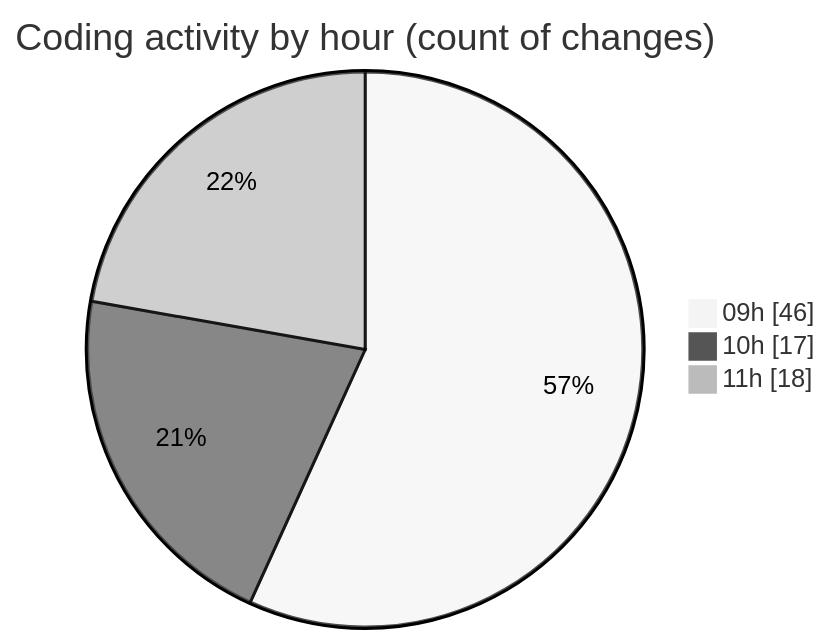
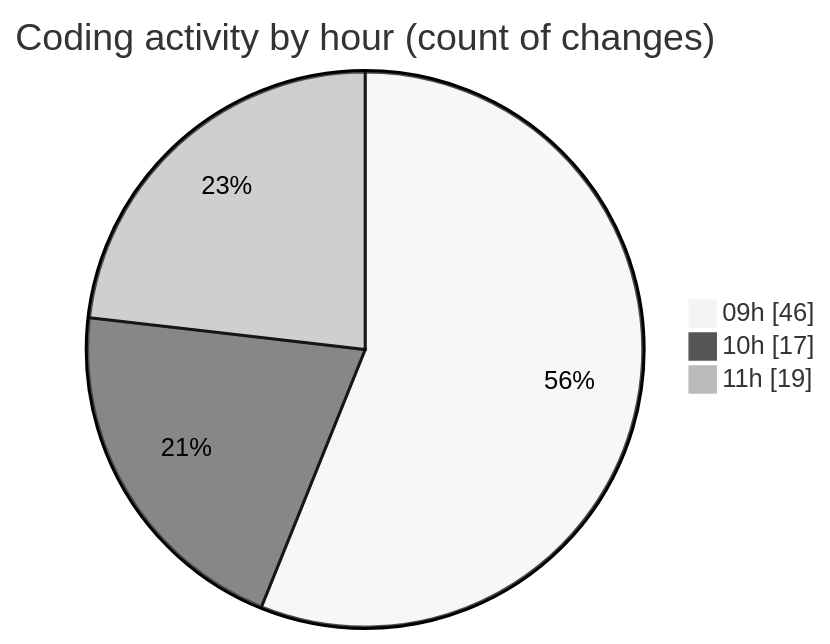
One commit to momahboobian/code-tracking changed the second of 2 diagrams in 2025-03-25/cda/README.md. Above: the diagram before and after it, drawn with Mermaid (neutral theme). The commit also changed other lines of this file and 1 other file, not shown here.

````diff
--- a/2025-03-25/cda/README.md
+++ b/2025-03-25/cda/README.md
@@ -50,7 +50,7 @@
 ```mermaid
 pie showData
 title Coding activity by hour (count of changes)
 "09h" : 46
 "10h" : 17
-"11h" : 18
+"11h" : 19
 ```
````
